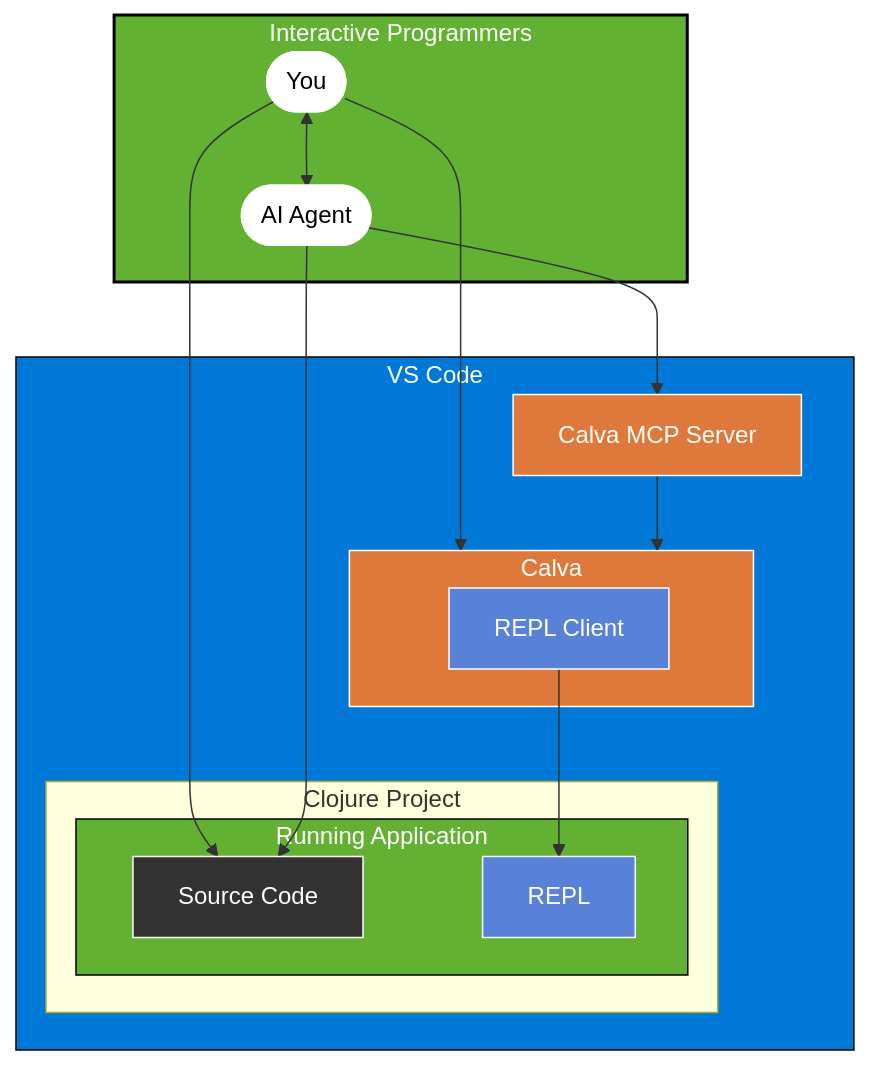
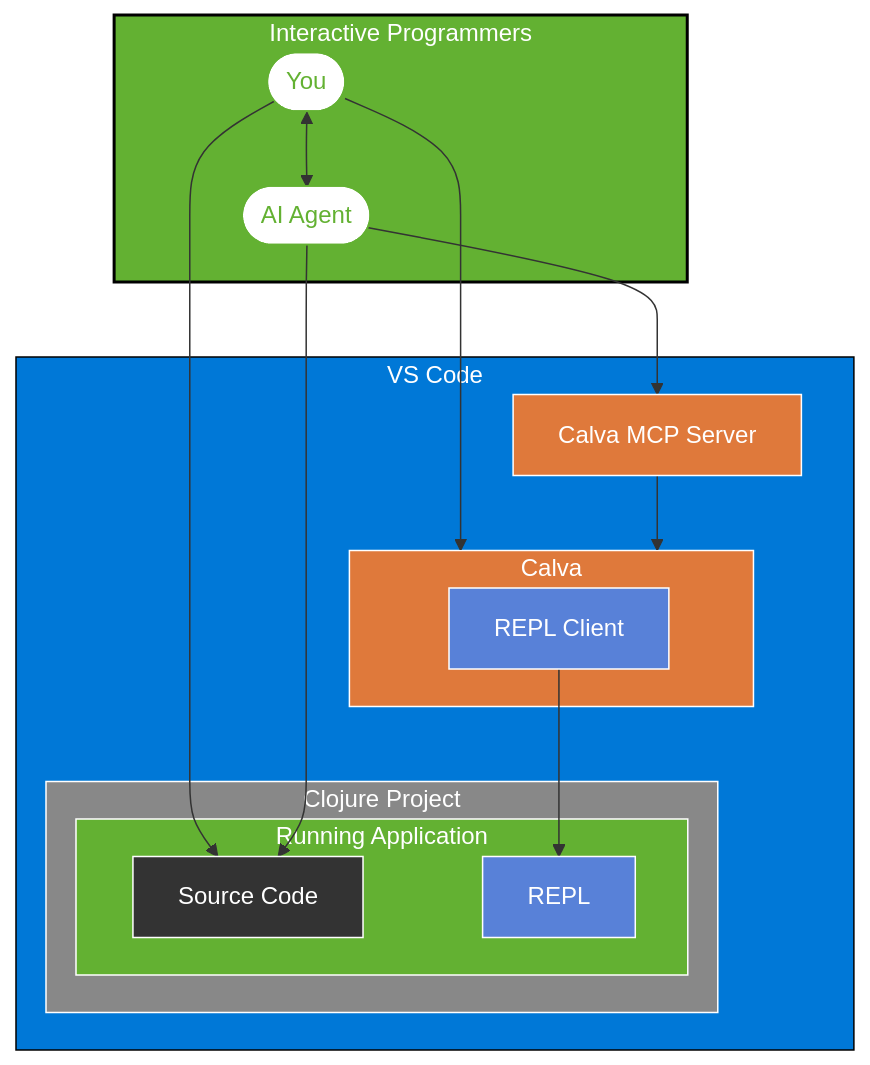
Before and after one commit to PEZ/calva-mcp-server: the diagram in README.md, drawn with Mermaid.

Commit message:
Touch-up

````diff
--- a/README.md
+++ b/README.md
@@ -62,50 +62,52 @@
 ```mermaid
 flowchart TD
     subgraph InteractiveProgrammers["Interactive Programmers"]
         User([You])
         AIAgent([AI Agent])
         User <--> AIAgent
     end
 
     subgraph VSCode["VS Code"]
 
         MCP["Calva MCP Server"]
 
         subgraph Calva["Calva"]
             REPLClient["REPL Client"]
         end
 
         subgraph Project["Clojure Project"]
 
             subgraph RunningApp["Running Application"]
                 SourceCode["Source Code"]
                 REPL["REPL"]
             end
         end
     end
 
     User --> SourceCode
     User --> Calva
     REPLClient --> REPL
     AIAgent --> SourceCode
     AIAgent --> MCP
     MCP --> Calva
 
-    classDef users fill:#ffffff,stroke:#ffffff,stroke-width:2px,color:#000000;
+    classDef users fill:#ffffff,stroke:#63b132,stroke-width:1px,color:#63b132;
     classDef programmers fill:#63b132,stroke:#000000,stroke-width:2px,color:#ffffff;
     classDef vscode fill:#0078d7,stroke:#000000,stroke-width:1px,color:#ffffff;
     classDef calva fill:#df793b,stroke:#ffffff,stroke-width:1px,color:#ffffff;
     classDef highlight fill:#ffffff,stroke:#000000,stroke-width:1px,color:#000000;
     classDef dark fill:#333333,stroke:#ffffff,stroke-width:1px,color:#ffffff;
     classDef repl fill:#5881d8,stroke:#ffffff,stroke-width:1px,color:#ffffff;
-    classDef running fill:#63b132,stroke:#000000,stroke-width:1px,color:#ffffff;
+    classDef running fill:#63b132,stroke:#ffffff,stroke-width:1px,color:#ffffff;
+    classDef project fill:#888888,stroke:#ffffff,stroke-width:1px,color:#ffffff;
 
     class User,AIAgent users;
     class VSCode vscode;
     class Calva,MCP calva;
     class REPLClient repl;
+    class Project project;
     class SourceCode dark;
     class RunningApp running;
     class REPL repl;
     class InteractiveProgrammers programmers;
 ```
````
